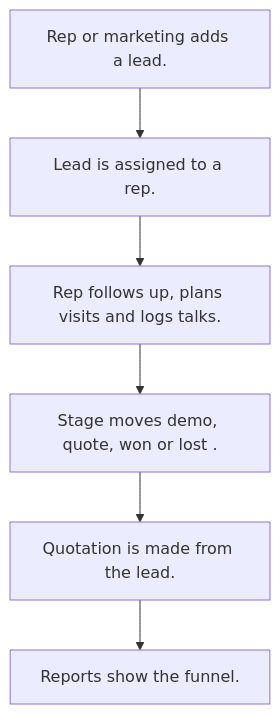
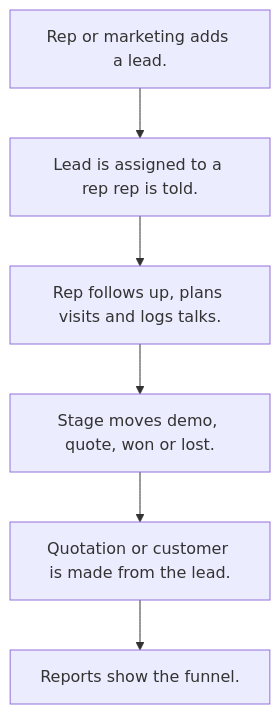
One commit to AadityaParmar/studio-agent changed the diagram in neome-studio/reference/template-bank/template-modules/TMOD-lead-management.md. Above: the diagram before and after it, drawn with Mermaid. The commit also changed other lines of this file and 94 other files, not shown here.

````diff
--- a/neome-studio/reference/template-bank/template-modules/TMOD-lead-management.md
+++ b/neome-studio/reference/template-bank/template-modules/TMOD-lead-management.md
@@ -52,14 +60,14 @@
 ```mermaid
 flowchart TD
   A["Rep or marketing adds a lead."]
-  B["Lead is assigned to a rep."]
+  B["Lead is assigned to a rep rep is told."]
   C["Rep follows up, plans visits and logs talks."]
-  D["Stage moves demo, quote, won or lost ."]
-  E["Quotation is made from the lead."]
+  D["Stage moves demo, quote, won or lost."]
+  E["Quotation or customer is made from the lead."]
   F["Reports show the funnel."]
   A --> B
   B --> C
   C --> D
   D --> E
   E --> F
 ```
````
